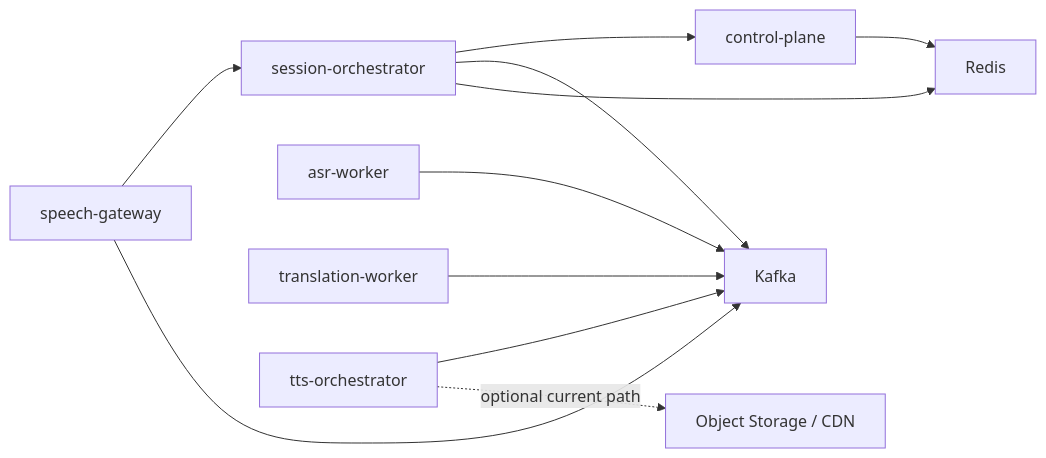
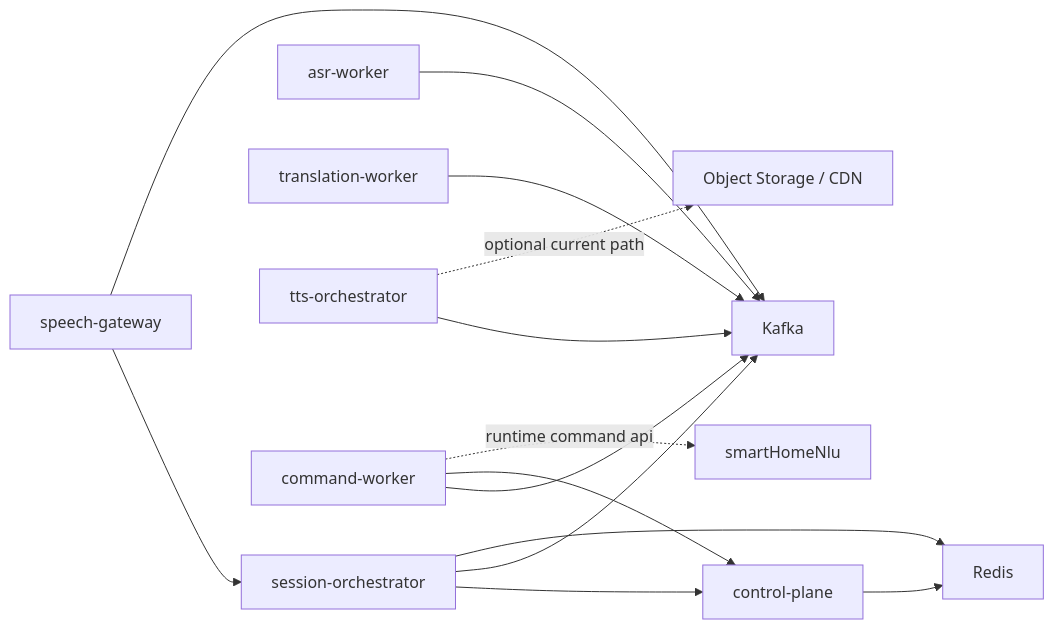
The diagram in docs/services.md (reSipWebRTC/kafka-as), drawn with Mermaid before and after one commit. The commit also changed other lines of this file and 174 other files, not shown here.

````diff
--- a/docs/services.md
+++ b/docs/services.md
@@ -210,13 +235,16 @@
 ```mermaid
 flowchart LR
     G["speech-gateway"] --> O["session-orchestrator"]
     O --> CP["control-plane"]
     G --> K["Kafka"]
     O --> K
     O --> R["Redis"]
     CP --> R
     A["asr-worker"] --> K
     T["translation-worker"] --> K
     TS["tts-orchestrator"] --> K
+    CW["command-worker"] --> K
+    CW --> CP
+    CW -. "runtime command api" .-> SH["smartHomeNlu"]
     TS -. "optional current path" .-> OSS["Object Storage / CDN"]
 ```
````
